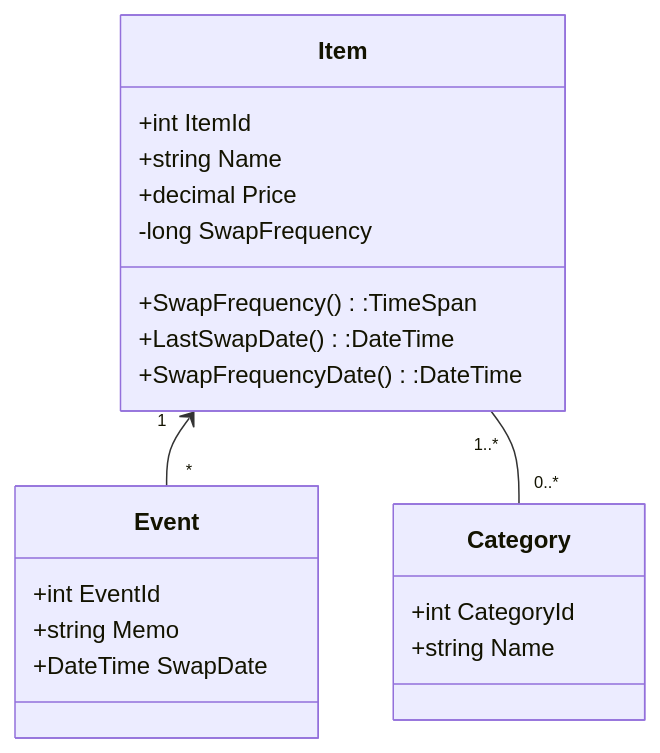
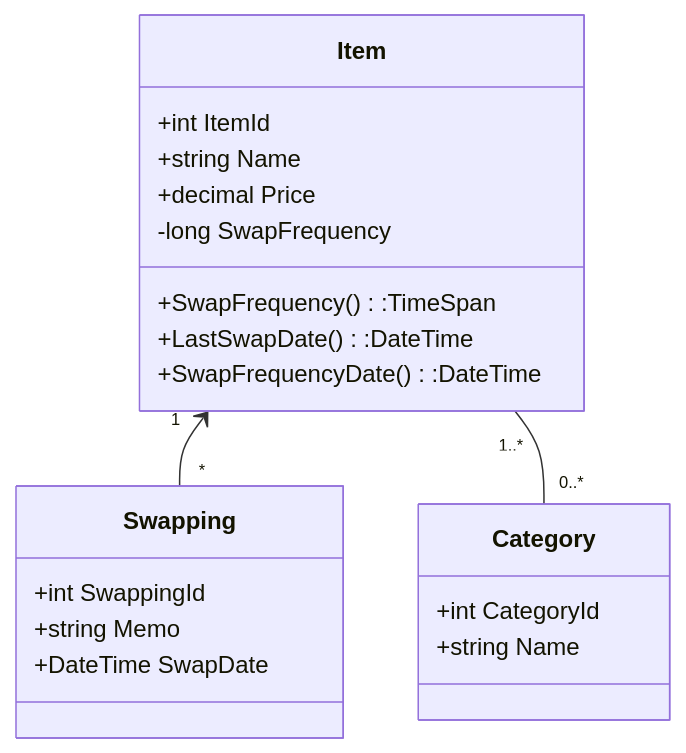
One commit to Little-Prayer/Portfolio-View changed the second of 3 diagrams in readme.md. Above: the diagram before and after it, drawn with Mermaid. The commit also changed other lines of this file and 1 other file, not shown here.

````diff
--- a/readme.md
+++ b/readme.md
@@ -31,26 +35,26 @@
 ```mermaid
 classDiagram
 
 class Item {
   +int ItemId
   +string Name
   +decimal Price
   -long SwapFrequency
   +SwapFrequency():TimeSpan
   +LastSwapDate():DateTime
   +SwapFrequencyDate():DateTime
 }
 
 class Category {
   +int CategoryId
   +string Name
 }
 
-class Event {
-  +int EventId
+class Swapping {
+  +int SwappingId
   +string Memo
   +DateTime SwapDate
 }
-Item"1"<--"*"Event
+Item"1"<--"*"Swapping
 Item"1..*"--"0..*"Category
 ```
````
